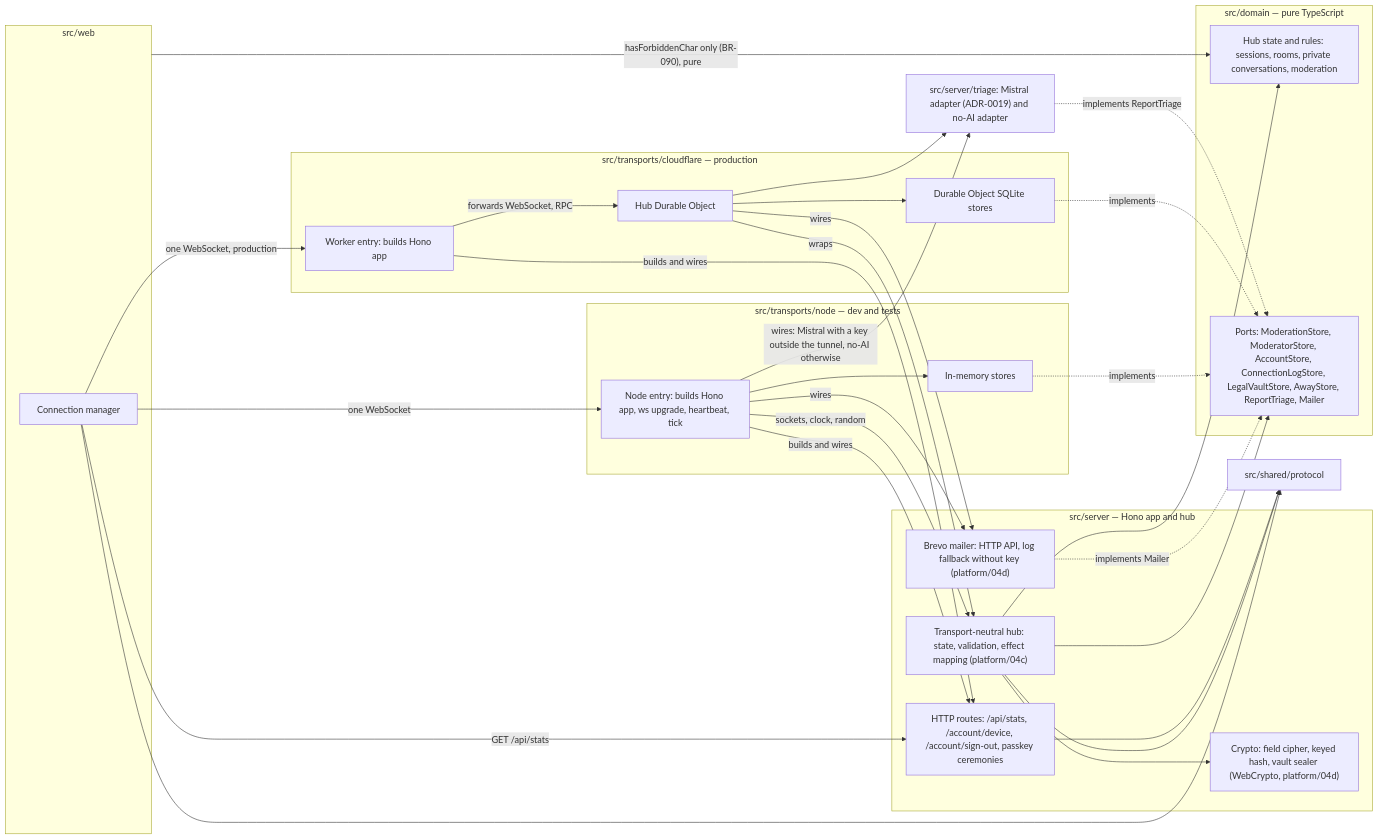
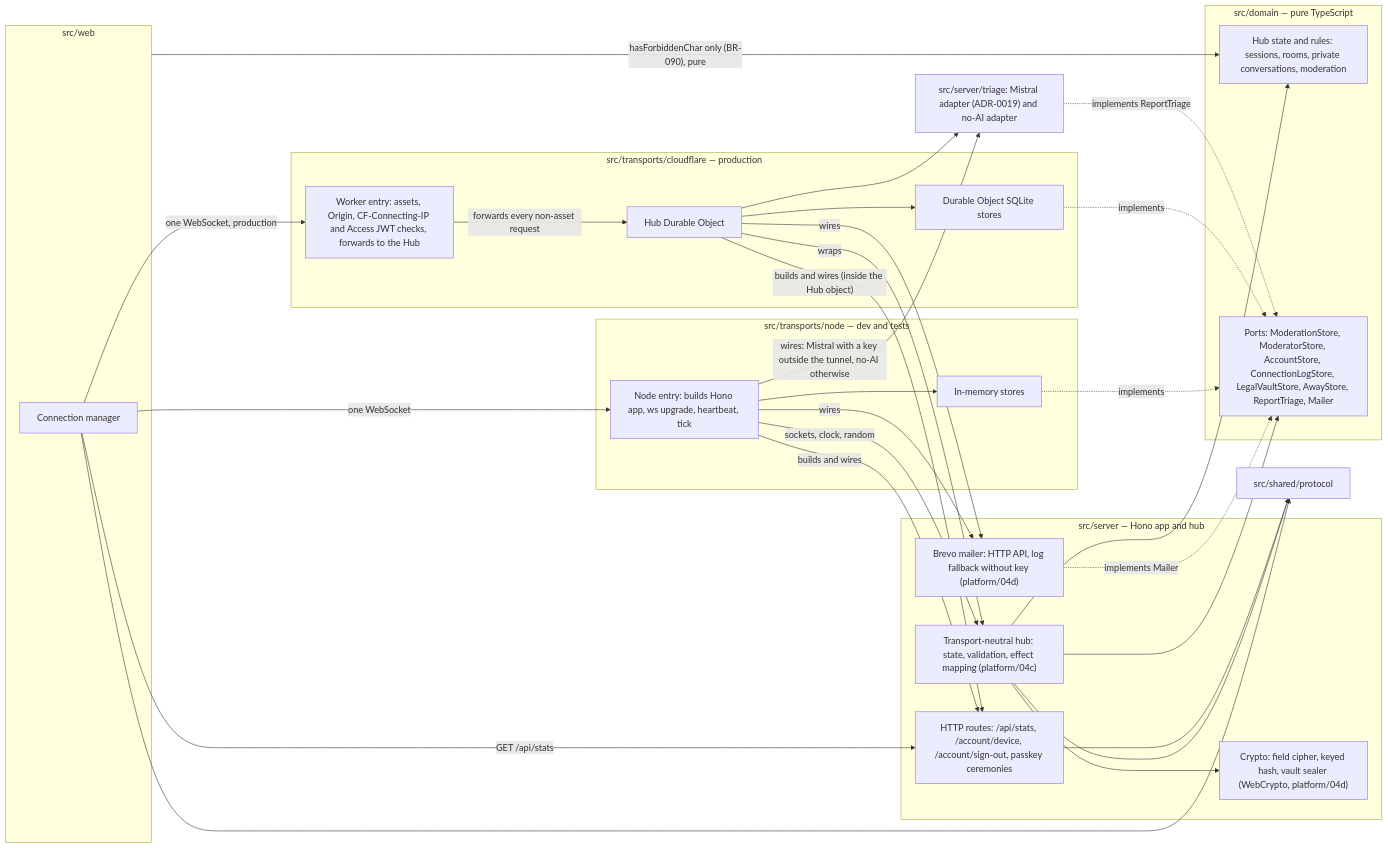
The diagram in docs/architecture/diagrams/platform/03-component.md (benoit-bremaud/asv), drawn with Mermaid before and after one commit. The commit also changed 26 other files, not shown here.

````diff
--- a/docs/architecture/diagrams/platform/03-component.md
+++ b/docs/architecture/diagrams/platform/03-component.md
@@ -14,52 +14,52 @@
 ```mermaid
 flowchart LR
   subgraph Web ["src/web"]
     Conn["Connection manager"]
   end
   Shared["src/shared/protocol"]
   subgraph Server ["src/server — Hono app and hub"]
     Routes["HTTP routes: /api/stats, /account/device, /account/sign-out, passkey ceremonies"]
     Crypto["Crypto: field cipher, keyed hash, vault sealer (WebCrypto, platform/04d)"]
     MailAdapter["Brevo mailer: HTTP API, log fallback without key (platform/04d)"]
     Hub["Transport-neutral hub: state, validation, effect mapping (platform/04c)"]
   end
   subgraph Domain ["src/domain — pure TypeScript"]
     Core["Hub state and rules: sessions, rooms, private conversations, moderation"]
     Ports["Ports: ModerationStore, ModeratorStore, AccountStore, ConnectionLogStore, LegalVaultStore, AwayStore, ReportTriage, Mailer"]
   end
   subgraph NodeT ["src/transports/node — dev and tests"]
     NodeMain["Node entry: builds Hono app, ws upgrade, heartbeat, tick"]
     NodeStore["In-memory stores"]
   end
   subgraph CfT ["src/transports/cloudflare — production"]
-    WorkerEntry["Worker entry: builds Hono app"]
+    WorkerEntry["Worker entry: assets, Origin, CF-Connecting-IP and Access JWT checks, forwards to the Hub"]
     HubDO["Hub Durable Object"]
     Sqlite["Durable Object SQLite stores"]
   end
   AIAdapter["src/server/triage: Mistral adapter (ADR-0019) and no-AI adapter"]
   Conn -->|"one WebSocket"| NodeMain
   Conn -->|"one WebSocket, production"| WorkerEntry
   Conn -->|"GET /api/stats"| Routes
   Hub --> Shared
   Hub --> Core
   Hub --> Ports
   Conn --> Shared
   Web -->|"hasForbiddenChar only (BR-090), pure"| Core
   Routes --> Shared
   NodeMain -->|"builds and wires"| Routes
-  WorkerEntry -->|"builds and wires"| Routes
+  HubDO -->|"builds and wires (inside the Hub object)"| Routes
   NodeMain -->|"sockets, clock, random"| Hub
-  WorkerEntry -->|"forwards WebSocket, RPC"| HubDO
+  WorkerEntry -->|"forwards every non-asset request"| HubDO
   HubDO -->|"wraps"| Hub
   NodeStore -.->|"implements"| Ports
   Sqlite -.->|"implements"| Ports
   AIAdapter -.->|"implements ReportTriage"| Ports
   MailAdapter -.->|"implements Mailer"| Ports
   Hub --> Crypto
   NodeMain -->|"wires"| MailAdapter
   HubDO -->|"wires"| MailAdapter
   NodeMain --> NodeStore
   NodeMain -->|"wires: Mistral with a key outside the tunnel, no-AI otherwise"| AIAdapter
   HubDO --> Sqlite
   HubDO --> AIAdapter
 ```
````
